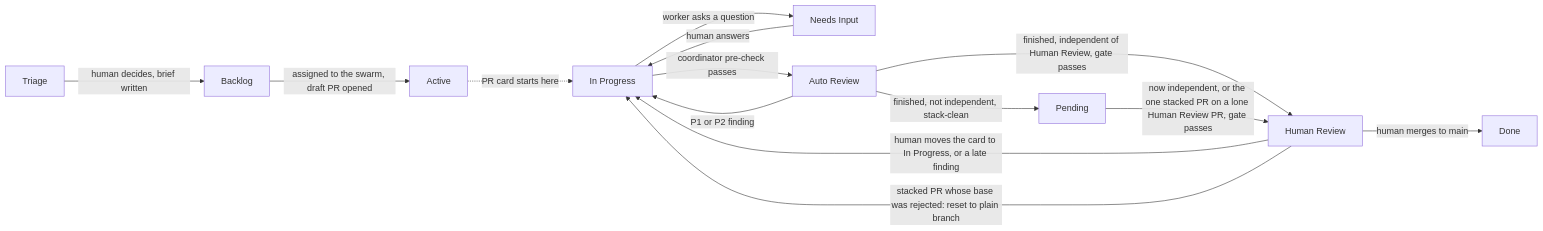
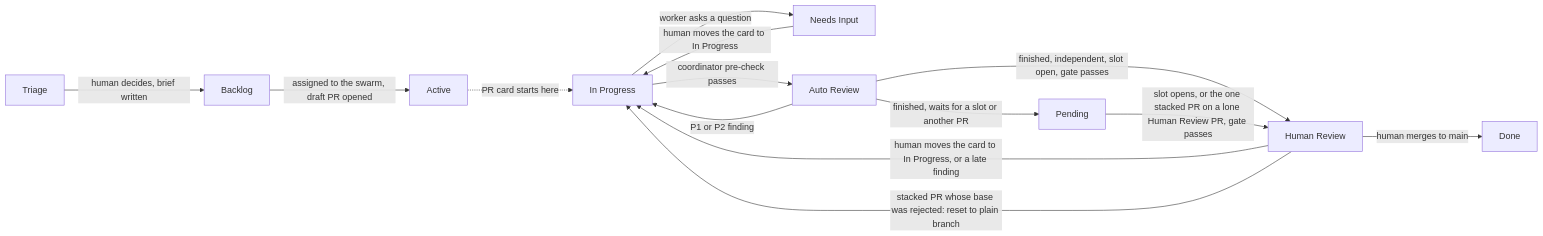
The diagram in workflow.md (tangentcode/methodology), drawn with Mermaid before and after one commit. The commit also changed other lines of this file and 19 other files, not shown here.

````diff
--- a/workflow.md
+++ b/workflow.md
@@ -63,16 +63,16 @@
 ```mermaid
 flowchart LR
     T[Triage] -->|human decides, brief written| B[Backlog]
     B -->|assigned to the swarm, draft PR opened| AC[Active]
     AC -.->|PR card starts here| IP[In Progress]
     IP -->|worker asks a question| NI[Needs Input]
-    NI -->|human answers| IP
+    NI -->|human moves the card to In Progress| IP
     IP -->|coordinator pre-check passes| AR[Auto Review]
     AR -->|P1 or P2 finding| IP
-    AR -->|finished, independent of Human Review, gate passes| HR[Human Review]
-    AR -->|finished, not independent, stack-clean| P[Pending]
-    P -->|now independent, or the one stacked PR on a lone Human Review PR, gate passes| HR
+    AR -->|finished, independent, slot open, gate passes| HR[Human Review]
+    AR -->|finished, waits for a slot or another PR| P[Pending]
+    P -->|slot opens, or the one stacked PR on a lone Human Review PR, gate passes| HR
     HR -->|human moves the card to In Progress, or a late finding| IP
     HR -->|stacked PR whose base was rejected: reset to plain branch| IP
     HR -->|human merges to main| D[Done]
 ```
````
